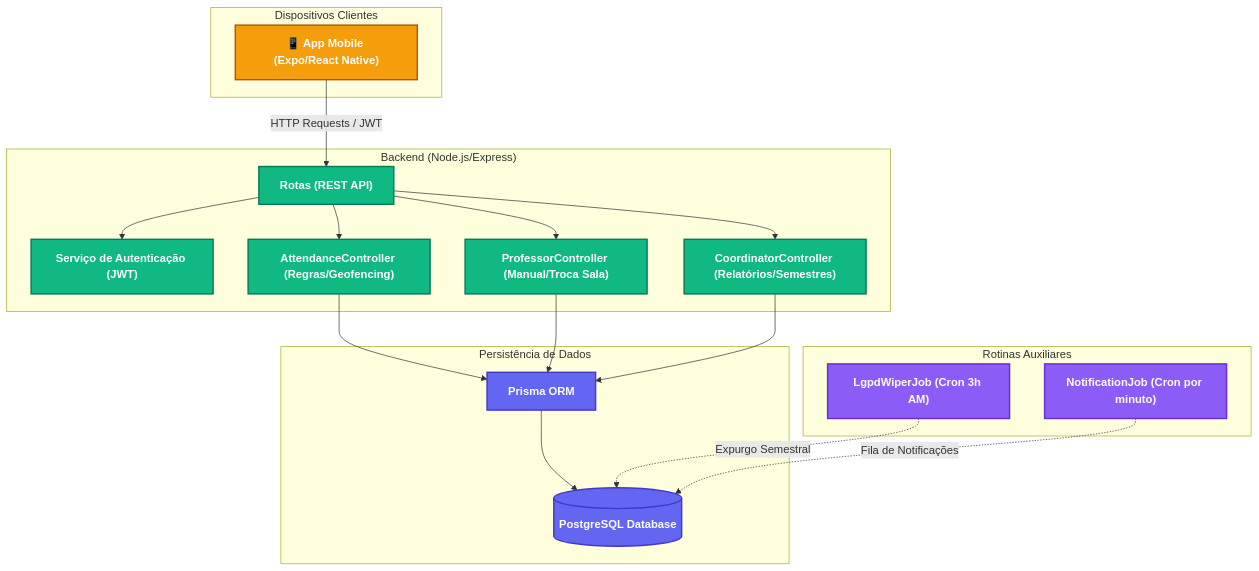
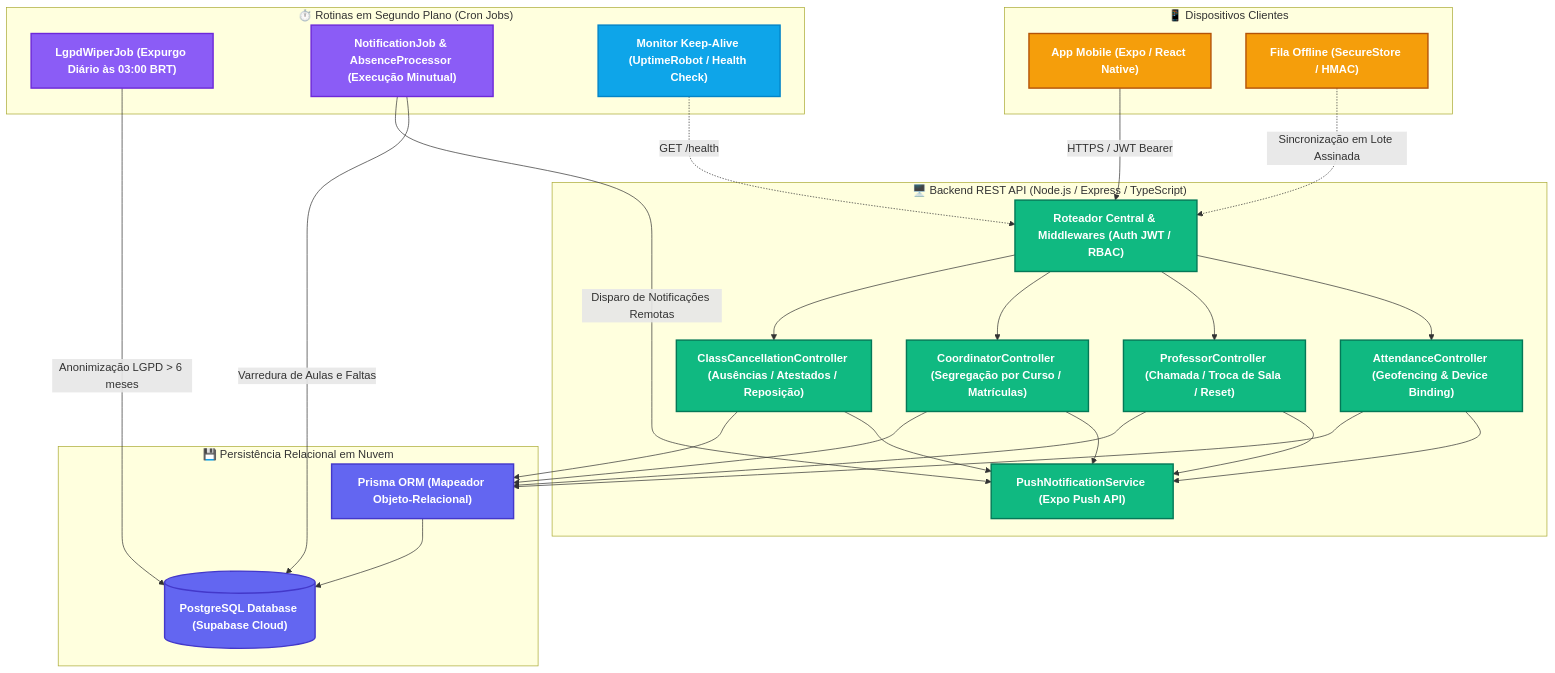
Before and after one commit to caneschi-lais/geoclass: the diagram in documentacao/analise_detalhada.md, drawn with Mermaid. The commit also changed other lines of this file and 3 other files, not shown here.

````diff
--- a/documentacao/analise_detalhada.md
+++ b/documentacao/analise_detalhada.md
@@ -11,44 +11,57 @@
 ```mermaid
 graph TD
     classDef client fill:#f59e0b,stroke:#b45309,stroke-width:2px,color:#fff,font-weight:bold
-    classDef frontend fill:#3b82f6,stroke:#1d4ed8,stroke-width:2px,color:#fff,font-weight:bold
     classDef backend fill:#10b981,stroke:#047857,stroke-width:2px,color:#fff,font-weight:bold
     classDef database fill:#6366f1,stroke:#4338ca,stroke-width:2px,color:#fff,font-weight:bold
     classDef job fill:#8b5cf6,stroke:#6d28d9,stroke-width:2px,color:#fff,font-weight:bold
+    classDef ext fill:#0ea5e9,stroke:#0284c7,stroke-width:2px,color:#fff,font-weight:bold
 
-    subgraph Clientes ["Dispositivos Clientes"]
-        Mobile["📱 App Mobile (Expo/React Native)"]:::client
+    subgraph Clientes ["📱 Dispositivos Clientes"]
+        MobileApp["App Mobile (Expo / React Native)"]:::client
+        OfflineQueue["Fila Offline (SecureStore / HMAC)"]:::client
     end
 
-    subgraph Backend ["Backend (Node.js/Express)"]
-        Router["Rotas (REST API)"]:::backend
-        Auth["Serviço de Autenticação (JWT)"]:::backend
-        AttendanceCtrl["AttendanceController (Regras/Geofencing)"]:::backend
-        ProfessorCtrl["ProfessorController (Manual/Troca Sala)"]:::backend
-        CoordCtrl["CoordinatorController (Relatórios/Semestres)"]:::backend
+    subgraph Backend ["🖥️ Backend REST API (Node.js / Express / TypeScript)"]
+        Router["Roteador Central & Middlewares (Auth JWT / RBAC)"]:::backend
+        AttendanceCtrl["AttendanceController (Geofencing & Device Binding)"]:::backend
+        ProfessorCtrl["ProfessorController (Chamada / Troca de Sala / Reset)"]:::backend
+        CoordCtrl["CoordinatorController (Segregação por Curso / Matrículas)"]:::backend
+        CancelCtrl["ClassCancellationController (Ausências / Atestados / Reposição)"]:::backend
+        PushService["PushNotificationService (Expo Push API)"]:::backend
     end
 
-    subgraph Background ["Rotinas Auxiliares"]
-        Wiper["LgpdWiperJob (Cron 3h AM)"]:::job
-        NotifJob["NotificationJob (Cron por minuto)"]:::job
+    subgraph Automacoes ["⏱️ Rotinas em Segundo Plano (Cron Jobs)"]
+        WiperJob["LgpdWiperJob (Expurgo Diário às 03:00 BRT)"]:::job
+        NotifJob["NotificationJob & AbsenceProcessor (Execução Minutual)"]:::job
+        KeepAlive["Monitor Keep-Alive (UptimeRobot / Health Check)"]:::ext
     end
 
-    subgraph Persistencia ["Persistência de Dados"]
-        Prisma["Prisma ORM"]:::database
-        DB[("PostgreSQL Database")]:::database
+    subgraph Persistencia ["💾 Persistência Relacional em Nuvem"]
+        PrismaORM["Prisma ORM (Mapeador Objeto-Relacional)"]:::database
+        SupabaseDB[("PostgreSQL Database (Supabase Cloud)")]:::database
     end
 
-    Mobile -->|HTTP Requests / JWT| Router
-    Router --> Auth
+    MobileApp -->|HTTPS / JWT Bearer| Router
+    OfflineQueue -.->|Sincronização em Lote Assinada| Router
+
     Router --> AttendanceCtrl
     Router --> ProfessorCtrl
     Router --> CoordCtrl
+    Router --> CancelCtrl
 
-    AttendanceCtrl --> Prisma
-    ProfessorCtrl --> Prisma
-    CoordCtrl --> Prisma
-    Prisma --> DB
+    AttendanceCtrl --> PushService
+    ProfessorCtrl --> PushService
+    CoordCtrl --> PushService
+    CancelCtrl --> PushService
 
-    Wiper -.->|Expurgo Semestral| DB
-    NotifJob -.->|Fila de Notificações| DB
+    AttendanceCtrl --> PrismaORM
+    ProfessorCtrl --> PrismaORM
+    CoordCtrl --> PrismaORM
+    CancelCtrl --> PrismaORM
+    PrismaORM --> SupabaseDB
+
+    WiperJob -->|Anonimização LGPD > 6 meses| SupabaseDB
+    NotifJob -->|Varredura de Aulas e Faltas| SupabaseDB
+    NotifJob -->|Disparo de Notificações Remotas| PushService
+    KeepAlive -.->|GET /health| Router
 ```
````
